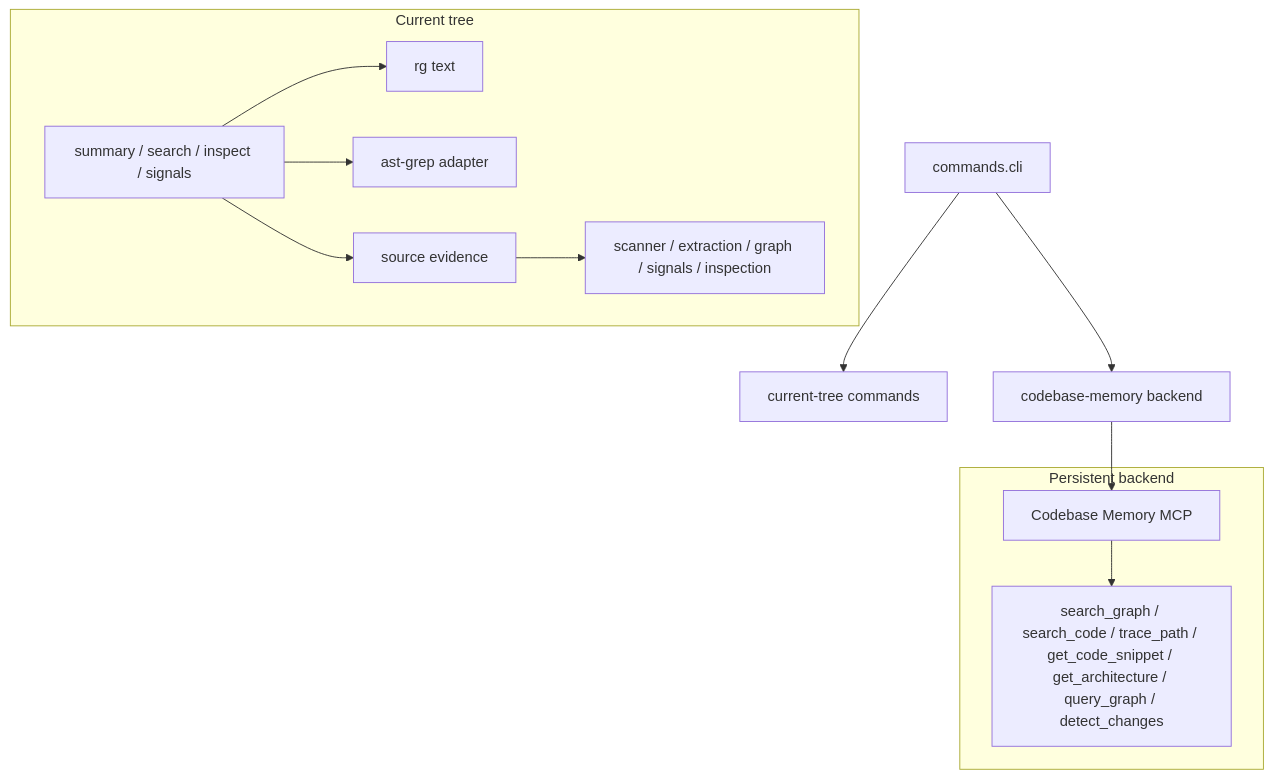
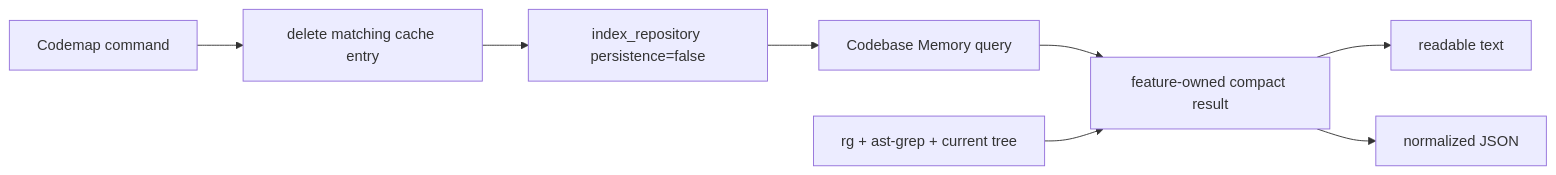
One commit to teron131/codemap changed the diagram in README.md. Above: the diagram before and after it, drawn with Mermaid. The commit also changed other lines of this file and 66 other files, not shown here.

Commit message:
Improve Codemap search, signals, and fresh indexing

````diff
--- a/README.md
+++ b/README.md
@@ -72,27 +66,10 @@
 ```mermaid
-flowchart TD
-    CLI["commands.cli"] --> Current["current-tree commands"]
-    CLI --> Backend["codebase-memory backend"]
-
-    subgraph CurrentLane["Current tree"]
-        SearchInspect["summary / search / inspect / signals"]
-        Source["source evidence"]
-        Rg["rg text"]
-        AstGrep["ast-grep adapter"]
-        SourceParts["scanner / extraction / graph / signals / inspection"]
-
-        SearchInspect --> Rg
-        SearchInspect --> AstGrep
-        SearchInspect --> Source
-        Source --> SourceParts
-    end
-
-    subgraph BackendLane["Persistent backend"]
-        CBM["Codebase Memory MCP"]
-        GraphTools["search_graph / search_code / trace_path / get_code_snippet / get_architecture / query_graph / detect_changes"]
-
-        CBM --> GraphTools
-    end
-
-    Backend --> CBM
+flowchart LR
+    CLI["Codemap command"] --> RESET["delete matching cache entry"]
+    RESET --> INDEX["index_repository persistence=false"]
+    INDEX --> CBM["Codebase Memory query"]
+    CBM --> NORMALIZE["feature-owned compact result"]
+    LOCAL["rg + ast-grep + current tree"] --> NORMALIZE
+    NORMALIZE --> TEXT["readable text"]
+    NORMALIZE --> JSON["normalized JSON"]
 ```
````
